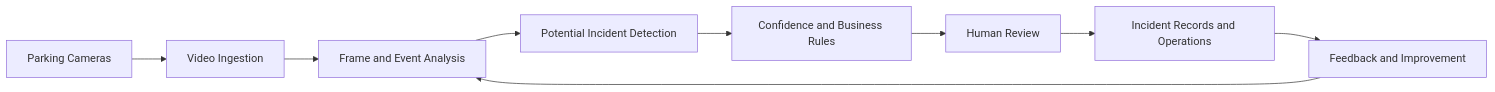
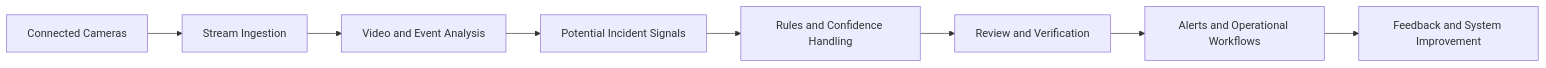
Before and after one commit to MobinRezaeifar/MobinRezaeifar: the second of 3 diagrams in README.md, drawn with Mermaid. The commit also changed other lines of this file, not shown here.

````diff
--- a/README.md
+++ b/README.md
@@ -59,11 +99,10 @@
 ```mermaid
 flowchart LR
-    A[Parking Cameras] --> B[Video Ingestion]
-    B --> C[Frame and Event Analysis]
-    C --> D[Potential Incident Detection]
-    D --> E[Confidence and Business Rules]
-    E --> F[Human Review]
-    F --> G[Incident Records and Operations]
-    G --> H[Feedback and Improvement]
-    H --> C
+    A[Connected Cameras] --> B[Stream Ingestion]
+    B --> C[Video and Event Analysis]
+    C --> D[Potential Incident Signals]
+    D --> E[Rules and Confidence Handling]
+    E --> F[Review and Verification]
+    F --> G[Alerts and Operational Workflows]
+    G --> H[Feedback and System Improvement]
 ```
````
